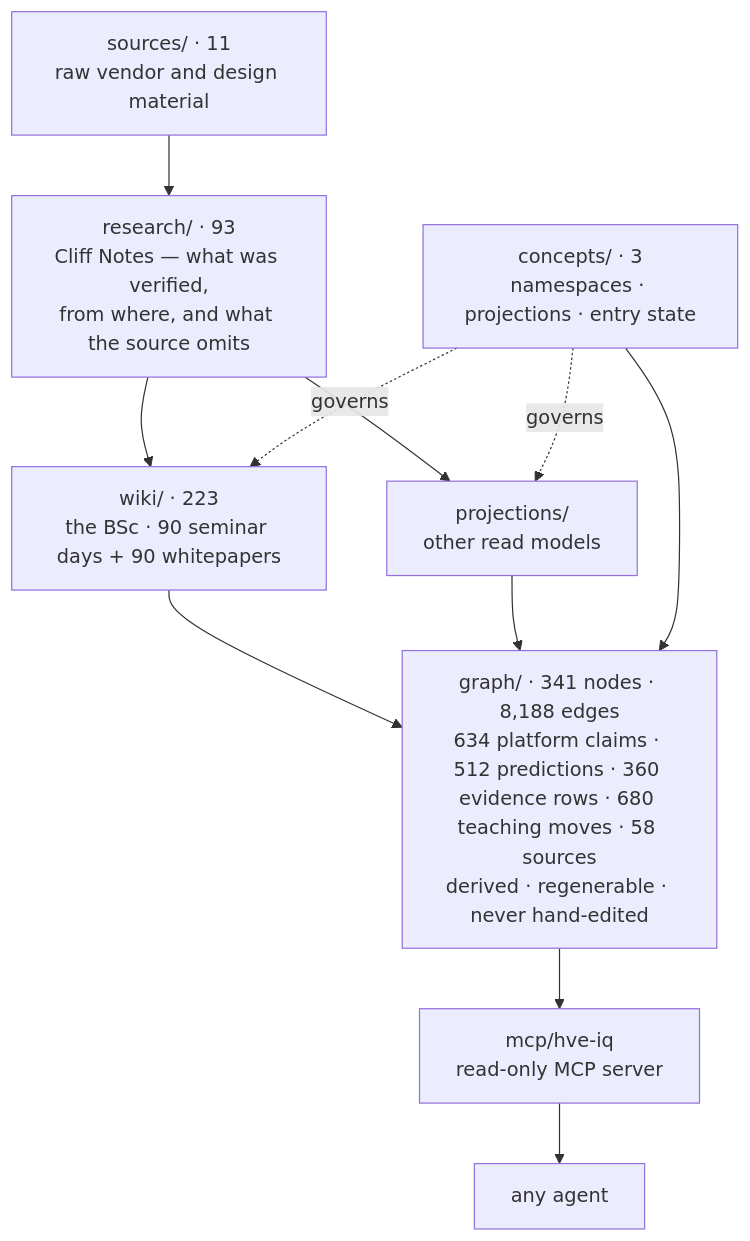
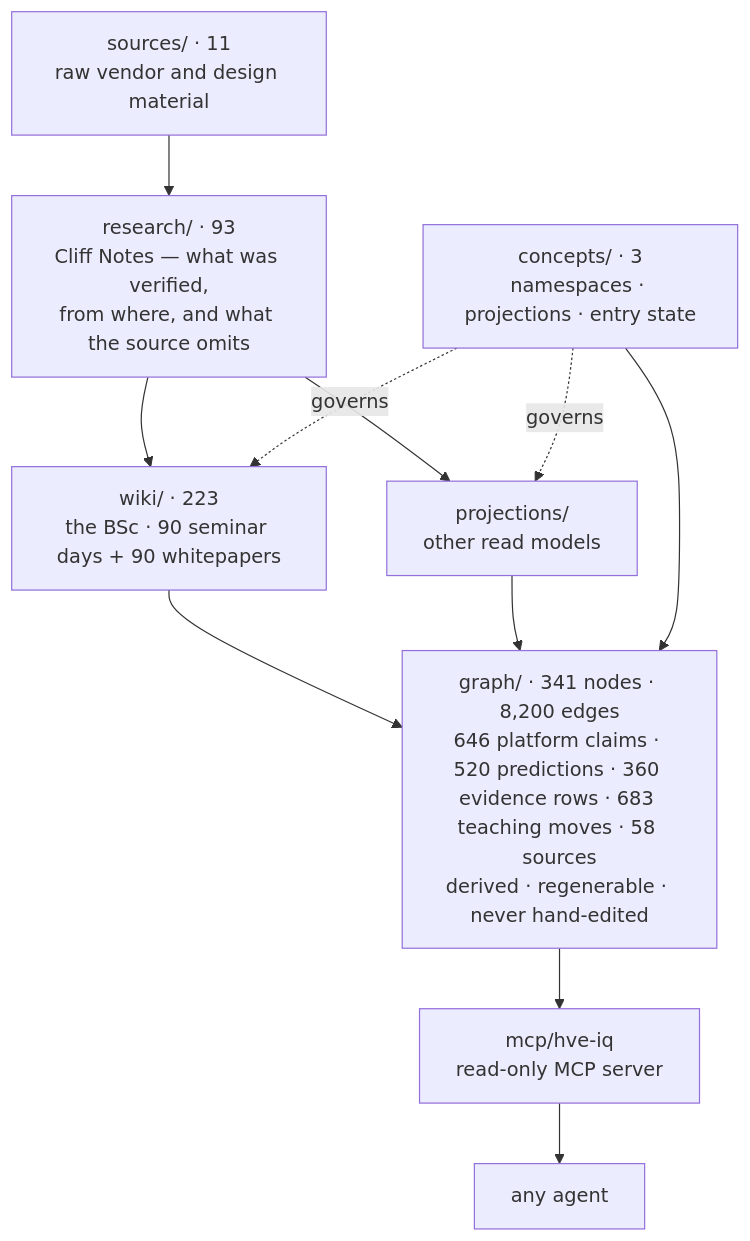
Before and after one commit to venturemavenwill/high-velocity-engineering: the diagram in README.md, drawn with Mermaid. The commit also changed other lines of this file and 30 other files, not shown here.

````diff
--- a/README.md
+++ b/README.md
@@ -13,14 +13,14 @@
 ```mermaid
 flowchart TD
   S["sources/ · 11<br/>raw vendor and design material"] --> R
   R["research/ · 93<br/>Cliff Notes — what was verified,<br/>from where, and what the source omits"] --> W
   R --> P
   W["wiki/ · 223<br/>the BSc · 90 seminar days + 90 whitepapers"]
   P["projections/<br/>other read models"]
   C["concepts/ · 3<br/>namespaces · projections · entry state"] -.governs.-> W
   C -.governs.-> P
   W --> G
   P --> G
   C --> G
-  G["graph/ · 341 nodes · 8,188 edges<br/>634 platform claims · 512 predictions · 360 evidence rows · 680 teaching moves · 58 sources<br/>derived · regenerable · never hand-edited"] --> M["mcp/hve-iq<br/>read-only MCP server"] --> A["any agent"]
+  G["graph/ · 341 nodes · 8,200 edges<br/>646 platform claims · 520 predictions · 360 evidence rows · 683 teaching moves · 58 sources<br/>derived · regenerable · never hand-edited"] --> M["mcp/hve-iq<br/>read-only MCP server"] --> A["any agent"]
 ```
````
